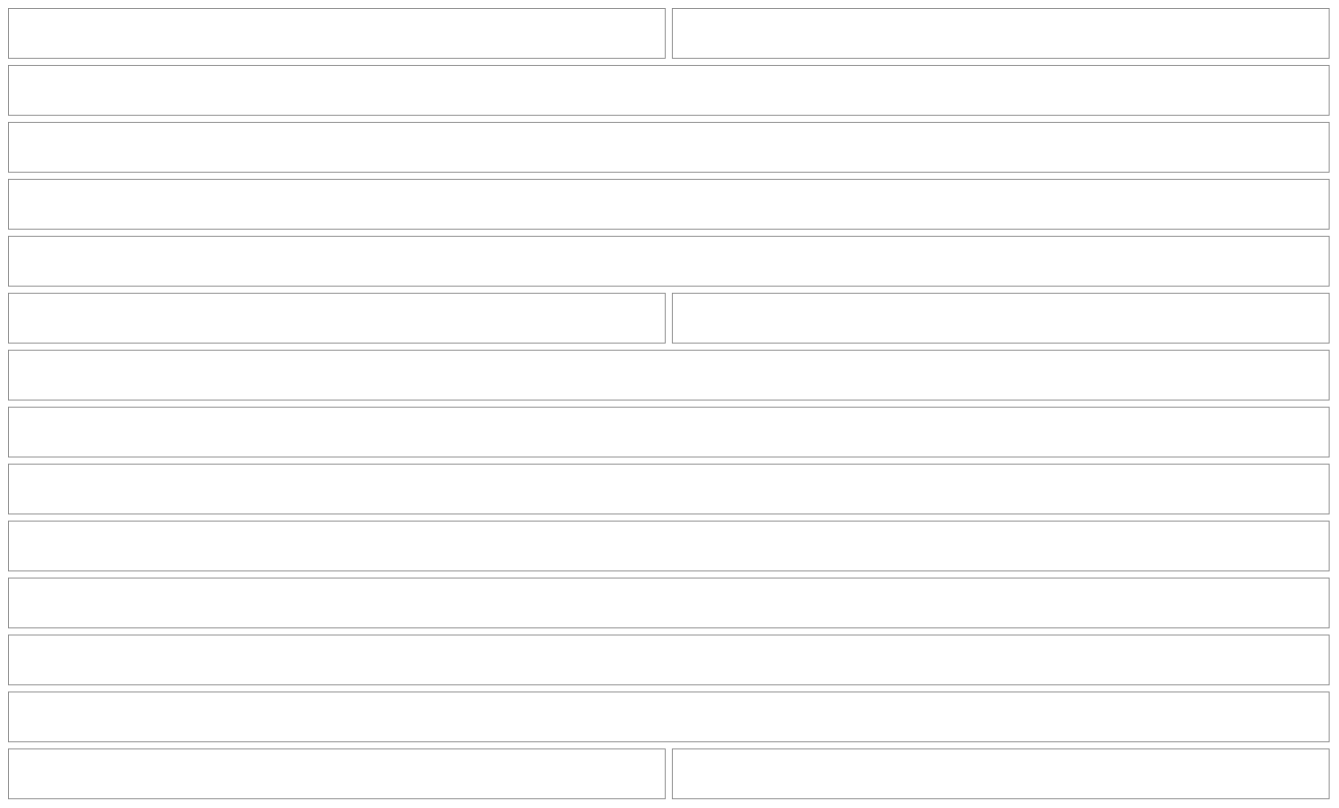
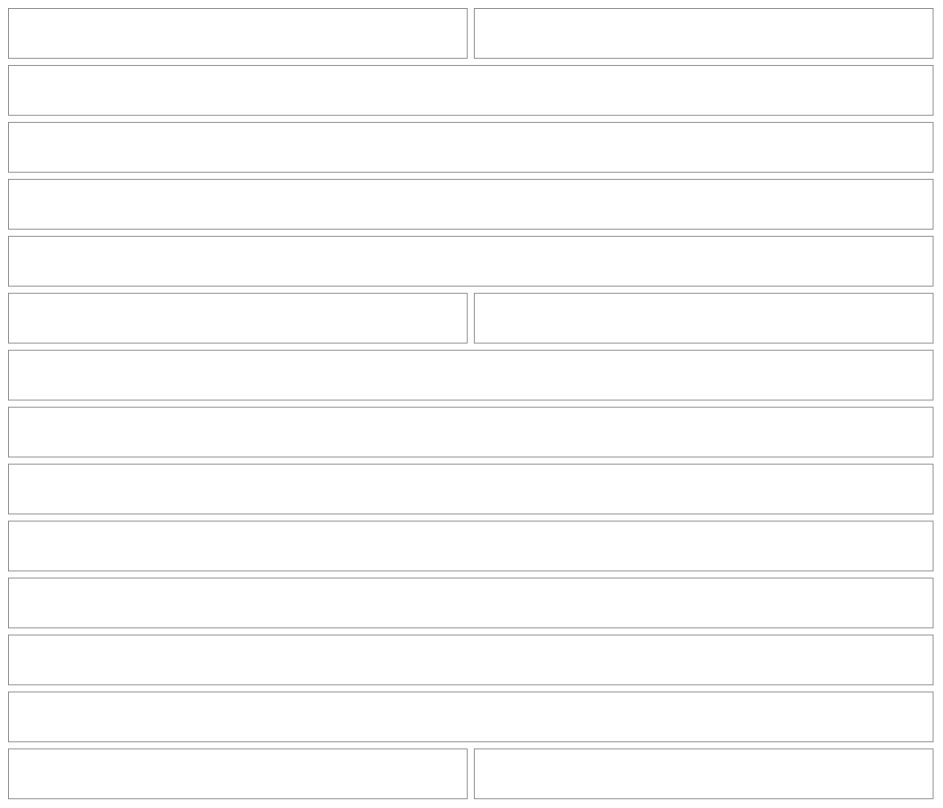
One commit to NovaMoonX/moondreams-dev-apps changed diagram 20 of 55 in src/apps/pinch/UX.md. Above: the diagram before and after it, drawn with Mermaid. The commit also changed other lines of this file and 5 other files, not shown here.

````diff
--- a/src/apps/pinch/UX.md
+++ b/src/apps/pinch/UX.md
@@ -677,39 +675,39 @@
 ```mermaid
 %%{init: {'theme': 'base', 'themeVariables': {'primaryColor': 'transparent', 'primaryBorderColor': '#888888', 'primaryTextColor': '#333333', 'lineColor': '#888888'}}}%%
 block-beta
   columns 2
   T1["Adobo chicken"]:1
-  T1a["📖  🕘  (40px icons on the title's line: Where it's from, only with a source; Notes and history)"]:1
+  T1a["🕘  (a 40px icon on the title's line: Notes and history)"]:1
   T1b["🖼️ (a 64px photo, only with a cover; opens it in place)  Sticky, tangy chicken thighs braised in soy and vinegar. (two lines, More)"]:2
   T2["4 servings · 45 min · $3.20+ per serving ⚠  (the cost only once something is priced)"]:2
   T7["INGREDIENTS (a count only past ten)"]:2
   T7b["— For the chicken — (group headings, only when the recipe has groups)"]:2
   T8["Chicken thighs<br/>No price yet (only in a partly priced recipe)"]:1
   T9["2 lb"]:1
-  T6["Lime juice and 3 more need a price · Add prices   Not now"]:2
   T10["STEPS"]:2
   T11["1. Marinate the chicken…"]:2
   C1["KEEPING IT (only when there is something to say)"]:2
   C2["🥛 Keeps 3 days in the fridge · ❄️ Keeps 3 months in the freezer · ♨️ Reheat… · 💡 the tip"]:2
   T4["$12.80 so far · Cost · For 4 servings (no tile while nothing is priced)"]:2
+  T6["Lime juice and 3 more need a price · Add prices   Not now"]:2
   T5["Per serving 🔥 495 · 💪 61g (when on)"]:2
   T12["Modify  ⋯"]:1
   T13["Plan it (Start cooking when it is on today's plan)"]:1
   style T1 fill:transparent,stroke:#888888,stroke-width:1px;
   style T1a fill:transparent,stroke:#888888,stroke-width:1px;
   style T1b fill:transparent,stroke:#888888,stroke-width:1px;
   style T2 fill:transparent,stroke:#888888,stroke-width:1px;
   style T4 fill:transparent,stroke:#888888,stroke-width:1px;
   style T5 fill:transparent,stroke:#888888,stroke-width:1px;
   style T6 fill:transparent,stroke:#888888,stroke-width:1px;
   style T7 fill:transparent,stroke:#888888,stroke-width:1px;
   style T7b fill:transparent,stroke:#888888,stroke-width:1px;
   style T8 fill:transparent,stroke:#888888,stroke-width:1px;
   style T9 fill:transparent,stroke:#888888,stroke-width:1px;
   style T10 fill:transparent,stroke:#888888,stroke-width:1px;
   style T11 fill:transparent,stroke:#888888,stroke-width:1px;
   style C1 fill:transparent,stroke:#888888,stroke-width:1px;
   style C2 fill:transparent,stroke:#888888,stroke-width:1px;
   style T12 fill:transparent,stroke:#888888,stroke-width:1px;
   style T13 fill:transparent,stroke:#888888,stroke-width:1px;
 ```
````
